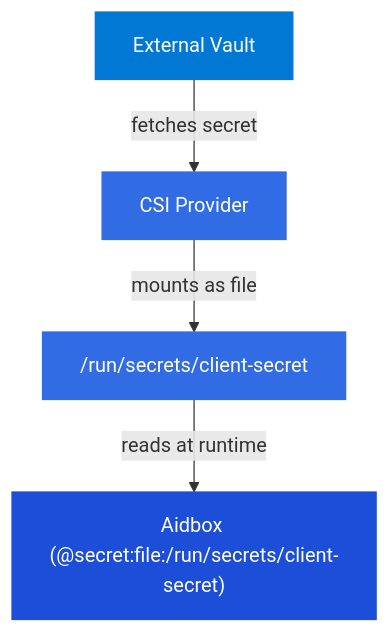
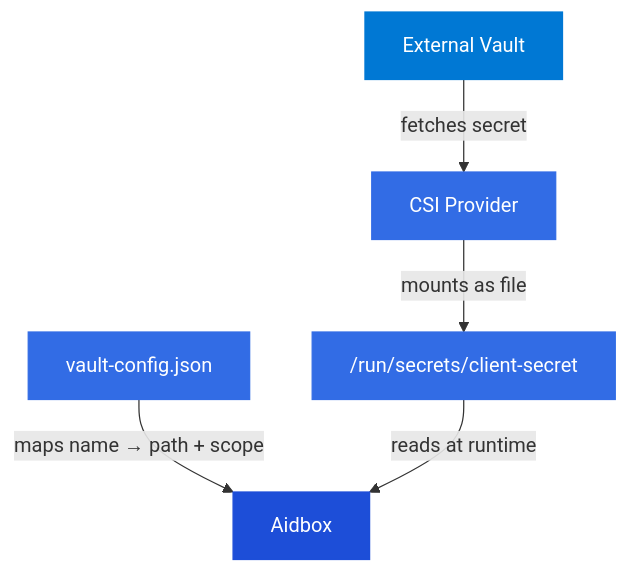
One commit to HealthSamurai/documentation changed the diagram in docs/deployment-and-maintenance/deploy-aidbox/run-aidbox-in-kubernetes/external-secret-stores/README.md. Above: the diagram before and after it, drawn with Mermaid. The commit also changed other lines of this file and 3 other files, not shown here.

````diff
--- a/docs/deployment-and-maintenance/deploy-aidbox/run-aidbox-in-kubernetes/external-secret-stores/README.md
+++ b/docs/deployment-and-maintenance/deploy-aidbox/run-aidbox-in-kubernetes/external-secret-stores/README.md
@@ -15,11 +15,13 @@
 ```mermaid
 flowchart TD
     Vault[External Vault] -->|fetches secret| CSI[CSI Provider]
     CSI -->|mounts as file| Pod["/run/secrets/client-secret"]
-    Pod -->|reads at runtime| Aidbox["Aidbox (@secret:file:/run/secrets/client-secret)"]
+    Config["vault-config.json"] -->|maps name → path + scope| Aidbox
+    Pod -->|reads at runtime| Aidbox
 
     style Vault fill:#0078D4,stroke:#0078D4,color:#fff
     style CSI fill:#326CE5,stroke:#326CE5,color:#fff
     style Pod fill:#326CE5,stroke:#326CE5,color:#fff
+    style Config fill:#326CE5,stroke:#326CE5,color:#fff
     style Aidbox fill:#1D4ED8,stroke:#1D4ED8,color:#fff
 ```
````
